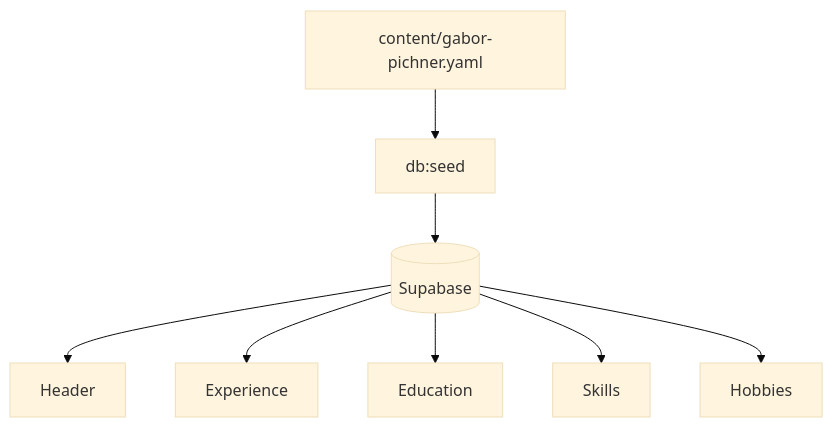
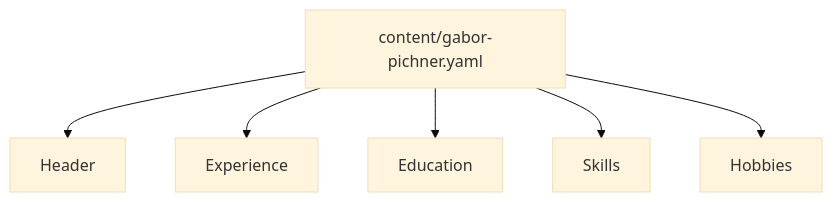
The diagram in docs/content.md (95gabor/cv), drawn with Mermaid (base theme) before and after one commit. The commit also changed other lines of this file and 49 other files, not shown here.

First line of the commit message:
refactor(cv): read CV data from YAML instead of Supabase (#175)

````diff
--- a/docs/content.md
+++ b/docs/content.md
@@ -37,12 +37,9 @@
 ```mermaid
 flowchart TB
     YAML[content/gabor-pichner.yaml]
-    Seed[db:seed]
-    DB[(Supabase)]
-    YAML --> Seed --> DB
-    DB --> Header[Header]
-    DB --> Work[Experience]
-    DB --> Edu[Education]
-    DB --> Skills[Skills]
-    DB --> Hobbies[Hobbies]
+    YAML --> Header[Header]
+    YAML --> Work[Experience]
+    YAML --> Edu[Education]
+    YAML --> Skills[Skills]
+    YAML --> Hobbies[Hobbies]
 ```
````
